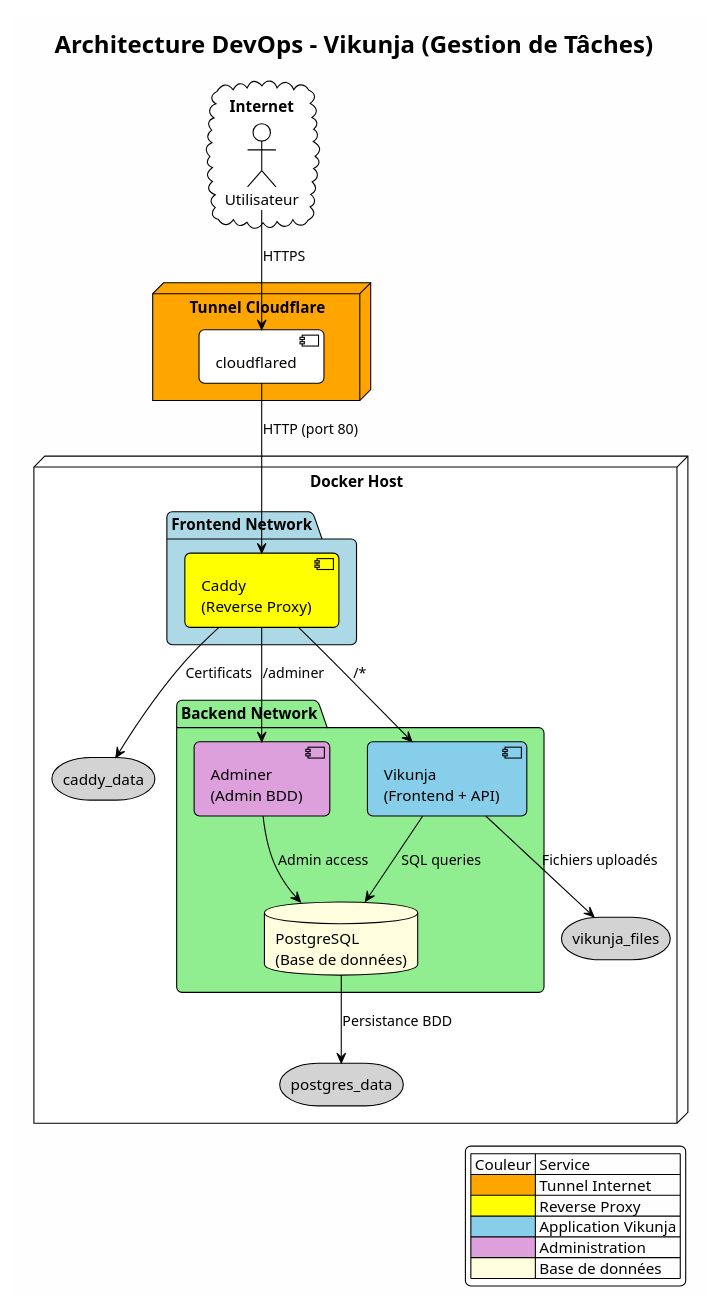
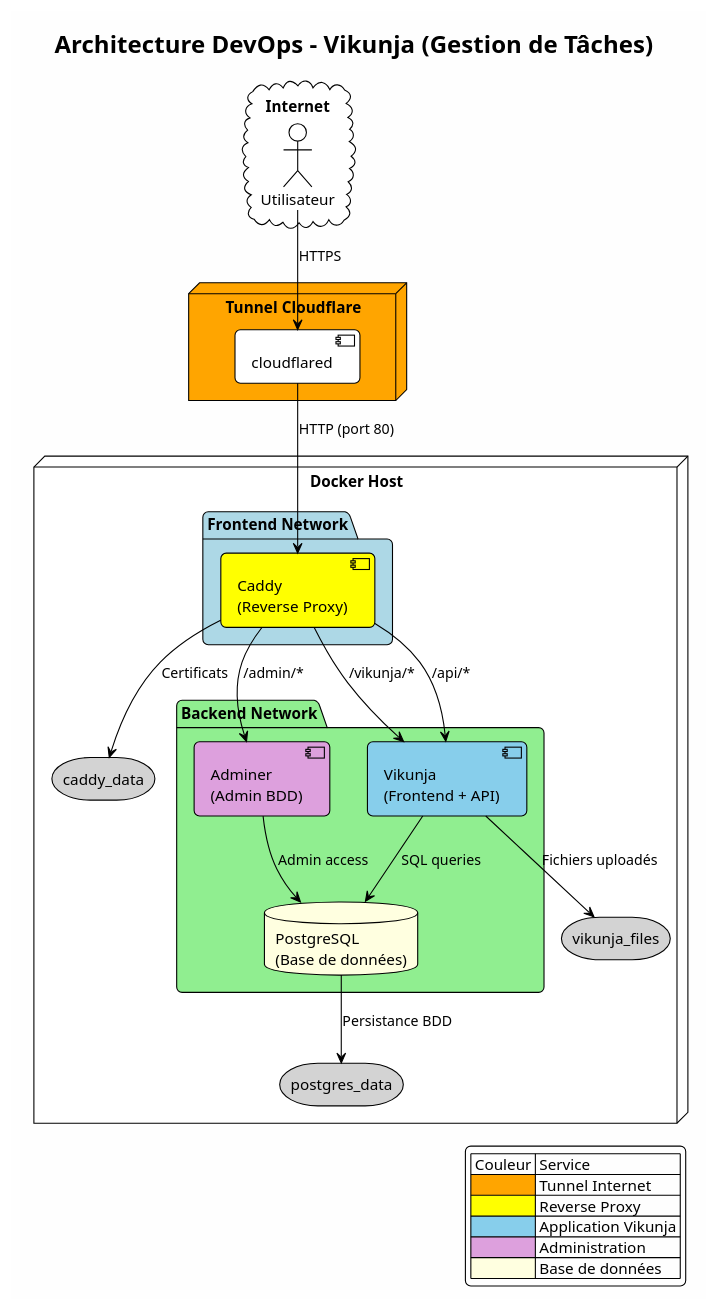
The diagram in architecture.puml (bassimtbb/Note_in_Nator), drawn with PlantUML before and after one commit. The commit also changed 9 other files, not shown here.

```diff
--- a/architecture.puml
+++ b/architecture.puml
@@ -1,61 +1,62 @@
 @startuml
 !theme plain
 skinparam backgroundColor #FEFEFE
 skinparam roundcorner 10
 
 title Architecture DevOps - Vikunja (Gestion de Tâches)
 
 cloud "Internet" {
     actor "Utilisateur" as User
 }
 
 node "Tunnel Cloudflare" as CloudflareNode #Orange {
     component "cloudflared" as Tunnel
 }
 
 node "Docker Host" as DockerHost {
     
     package "Frontend Network" as FrontendNet #LightBlue {
         component "Caddy\n(Reverse Proxy)" as Caddy #Yellow
     }
     
     package "Backend Network" as BackendNet #LightGreen {
         component "Vikunja\n(Frontend + API)" as Vikunja #SkyBlue
         component "Adminer\n(Admin BDD)" as Adminer #Plum
         database "PostgreSQL\n(Base de données)" as DB #LightYellow
     }
     
     ' Volumes
     storage "postgres_data" as Vol1 #LightGray
     storage "vikunja_files" as Vol2 #LightGray
     storage "caddy_data" as Vol3 #LightGray
 }
 
 ' Connexions externes
 User --> Tunnel : HTTPS
 Tunnel --> Caddy : HTTP (port 80)
 
 ' Routage Caddy
-Caddy --> Vikunja : "/*"
-Caddy --> Adminer : "/adminer"
+Caddy --> Vikunja : "/vikunja/*"
+Caddy --> Vikunja : "/api/*"
+Caddy --> Adminer : "/admin/*"
 
 ' Connexions internes
 Vikunja --> DB : "SQL queries"
 Adminer --> DB : "Admin access"
 
 ' Volumes
 DB --> Vol1 : "Persistance BDD"
 Vikunja --> Vol2 : "Fichiers uploadés"
 Caddy --> Vol3 : "Certificats"
 
 ' Légende
 legend right
     | Couleur | Service |
     |<#Orange>| Tunnel Internet |
     |<#Yellow>| Reverse Proxy |
     |<#SkyBlue>| Application Vikunja |
     |<#Plum>| Administration |
     |<#LightYellow>| Base de données |
 endlegend
 
 @enduml
```
